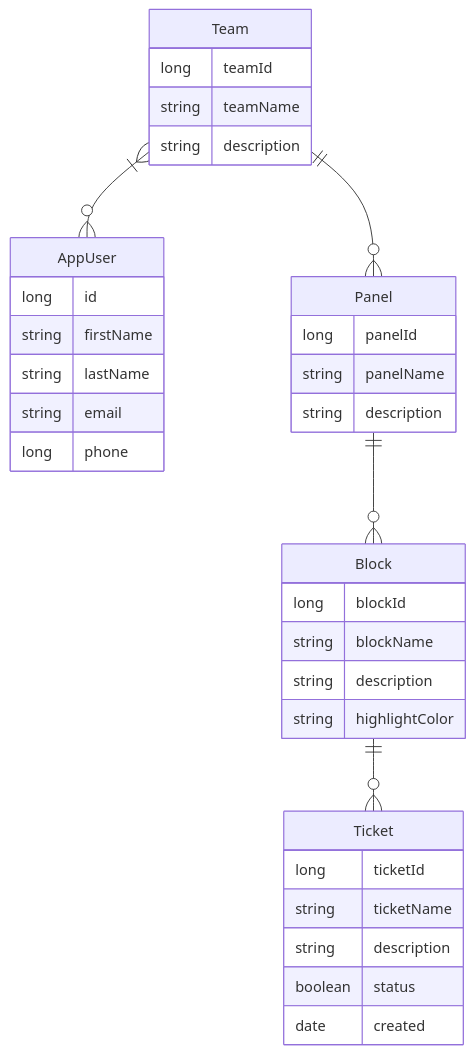
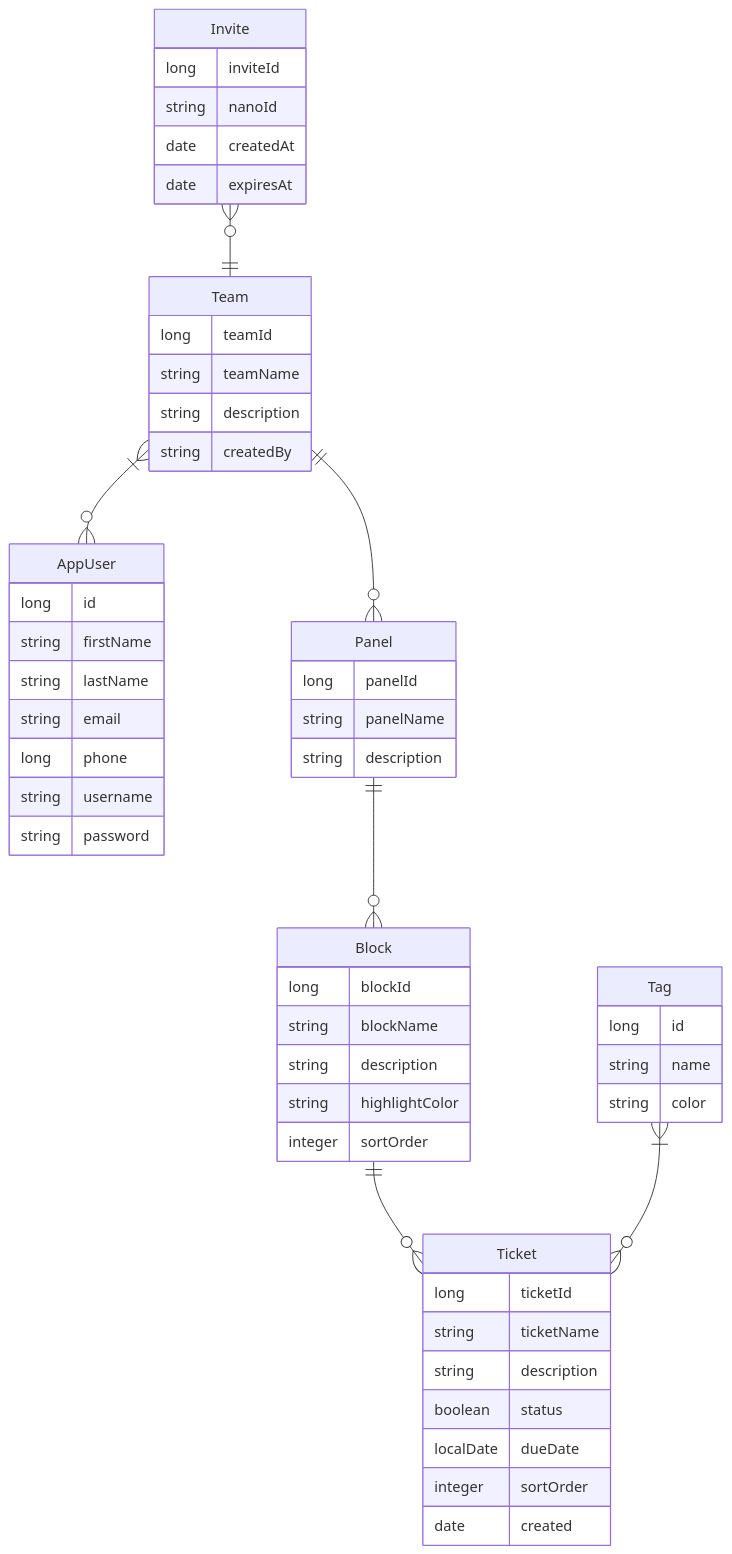
One commit to teamroutine/taskmaster changed the diagram in README.md. Above: the diagram before and after it, drawn with Mermaid.

Commit message:
Updated Data model in README.md

````diff
--- a/README.md
+++ b/README.md
@@ -102,38 +102,59 @@
 ```mermaid
   erDiagram
     AppUser {
       long id
       string firstName
       string lastName
       string email
       long phone
+      string username
+      string password
    }
    Panel ||--o{ Block : ""
    Panel{
       long panelId
       string panelName
       string description
    }
    Block ||--o{ Ticket : ""
    Block{
       long blockId
       string blockName
       string description
       string highlightColor
+      integer sortOrder
    }
    
    Ticket{
       long ticketId
       string ticketName
       string description
       boolean status
+      localDate dueDate
+      integer sortOrder
       date created
+
    }
     Team }|--o{ AppUser : ""
     Team ||--o{ Panel : ""
    Team{
       long teamId
       string teamName
       string description
+      string createdBy
    }
+   Tag }|--o{ Ticket : ""
+   Tag {
+        long id
+        string name
+        string color
+     }
+   Invite }o--|| Team : ""
+   Invite {
+        long inviteId
+        string nanoId
+        date createdAt
+        date expiresAt
+    }
+
 ```
````
